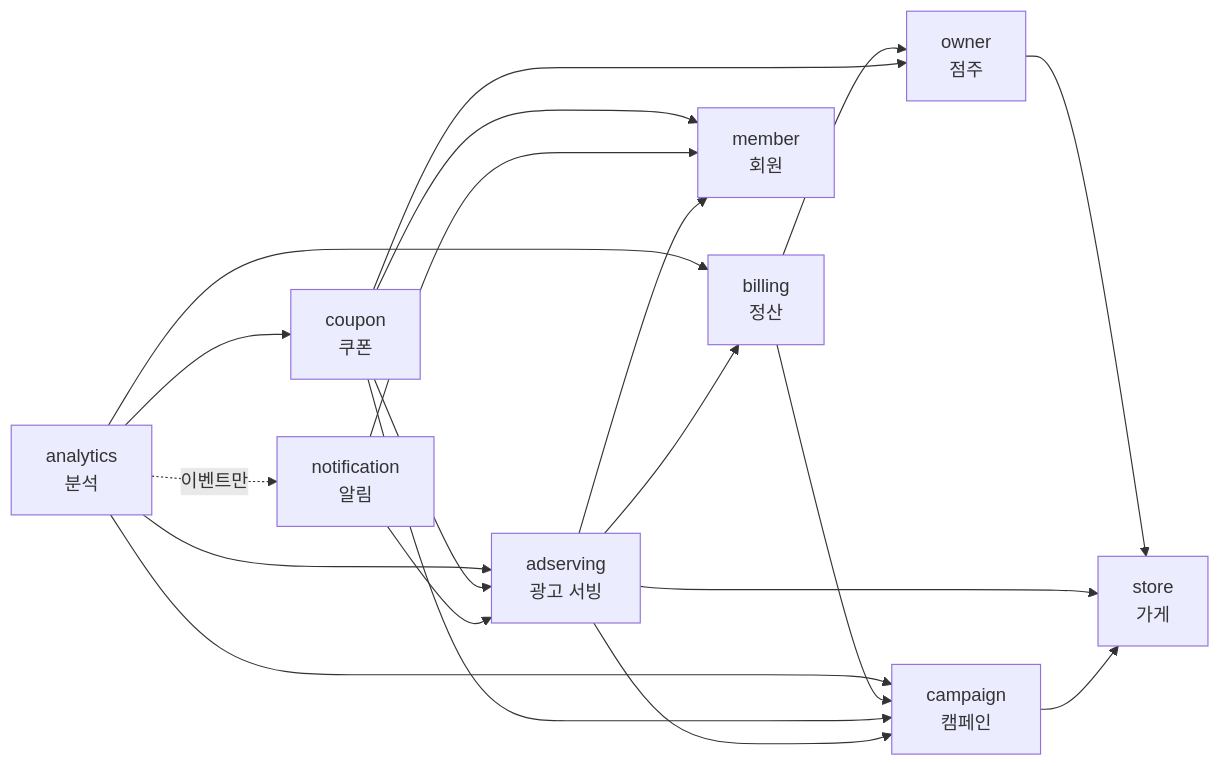
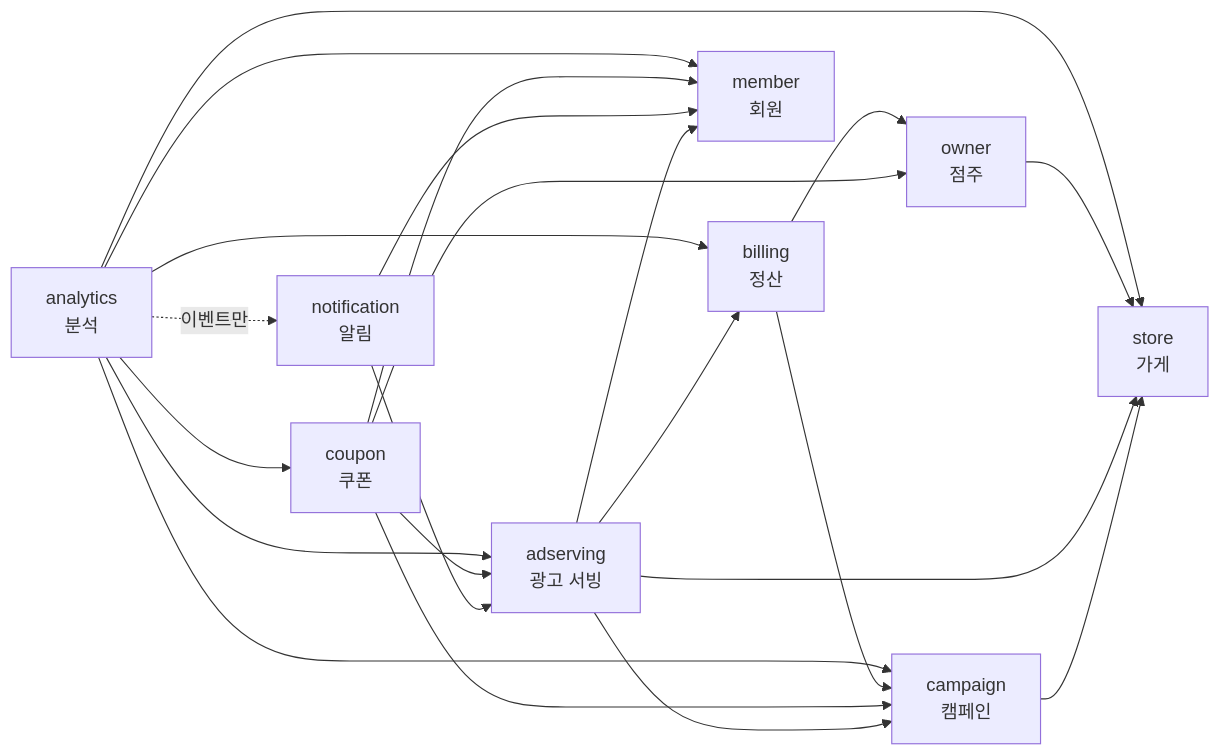
One commit to lunch-catch/lc-backend changed the second of 2 diagrams in docs/architecture/런치캐치_도메인_구조와_의존성_설계.md. Above: the diagram before and after it, drawn with Mermaid. The commit also changed other lines of this file, not shown here.

````diff
--- a/docs/architecture/런치캐치_도메인_구조와_의존성_설계.md
+++ b/docs/architecture/런치캐치_도메인_구조와_의존성_설계.md
@@ -225,32 +225,34 @@
 ```mermaid
 flowchart LR
   ANA["analytics<br/>분석"]
   COU["coupon<br/>쿠폰"]
   NOT["notification<br/>알림"]
   OWN["owner<br/>점주"]
   ADS["adserving<br/>광고 서빙"]
   BIL["billing<br/>정산"]
   MEM["member<br/>회원"]
   CAM["campaign<br/>캠페인"]
   STO["store<br/>가게"]
 
   ANA --> ADS
   ANA --> BIL
   ANA --> COU
   ANA --> CAM
+  ANA --> MEM
+  ANA --> STO
   ANA -. "이벤트만" .-> NOT
   BIL --> CAM
   BIL --> OWN
   COU --> ADS
   COU --> CAM
   COU --> MEM
   COU --> OWN
   NOT --> ADS
   NOT --> MEM
   OWN --> STO
   ADS --> BIL
   ADS --> CAM
   ADS --> MEM
   ADS --> STO
   CAM --> STO
 ```
````
